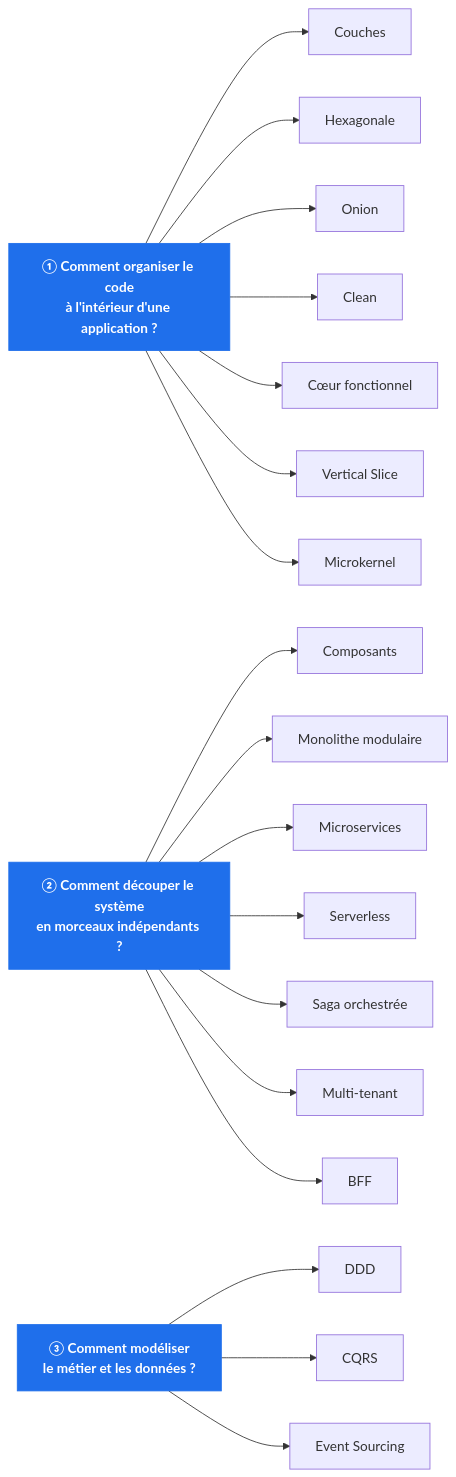
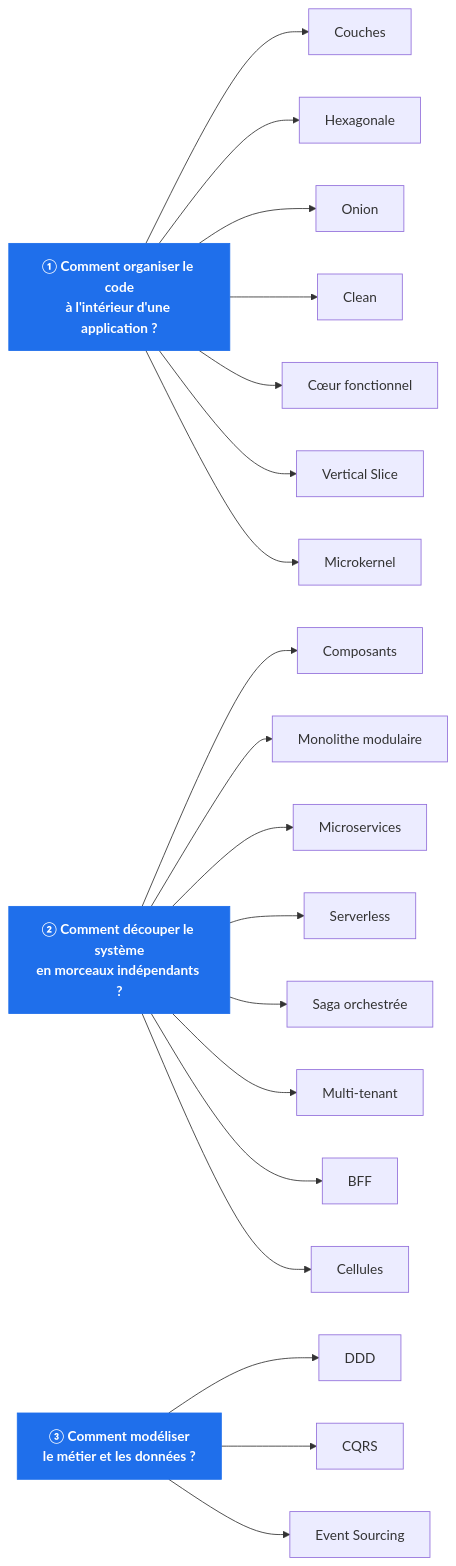
Before and after one commit to drangoht/ArchitecturesDemo: the first of 4 diagrams in Docs/README.md, drawn with Mermaid. The commit also changed other lines of this file and 28 other files, not shown here.

First line of the commit message:
Ajoute la démo d'architecture cellulaire (cell-based)

````diff
--- a/Docs/README.md
+++ b/Docs/README.md
@@ -43,29 +44,30 @@
 ```mermaid
 flowchart LR
     Q1["<b>① Comment organiser le code<br/>à l'intérieur d'une application ?</b>"]
     Q2["<b>② Comment découper le système<br/>en morceaux indépendants ?</b>"]
     Q3["<b>③ Comment modéliser<br/>le métier et les données ?</b>"]
 
     Q1 --> C0["Couches"]
     Q1 --> C1["Hexagonale"]
     Q1 --> C2["Onion"]
     Q1 --> C3["Clean"]
     Q1 --> C4["Cœur fonctionnel"]
     Q1 --> C5["Vertical Slice"]
     Q1 --> C13["Microkernel"]
 
     Q2 --> D6["Composants"]
     Q2 --> D7["Monolithe modulaire"]
     Q2 --> D8["Microservices"]
     Q2 --> D12["Serverless"]
     Q2 --> D14["Saga orchestrée"]
     Q2 --> D15["Multi-tenant"]
     Q2 --> D16["BFF"]
+    Q2 --> D17["Cellules"]
 
     Q3 --> M11["DDD"]
     Q3 --> M9["CQRS"]
     Q3 --> M10["Event Sourcing"]
 
     classDef q fill:#1f6feb,color:#fff,stroke:#1f6feb
     class Q1,Q2,Q3 q
 ```
````
